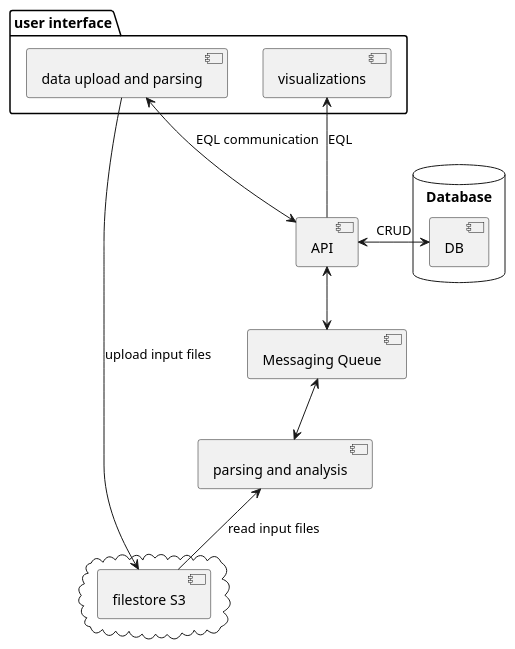
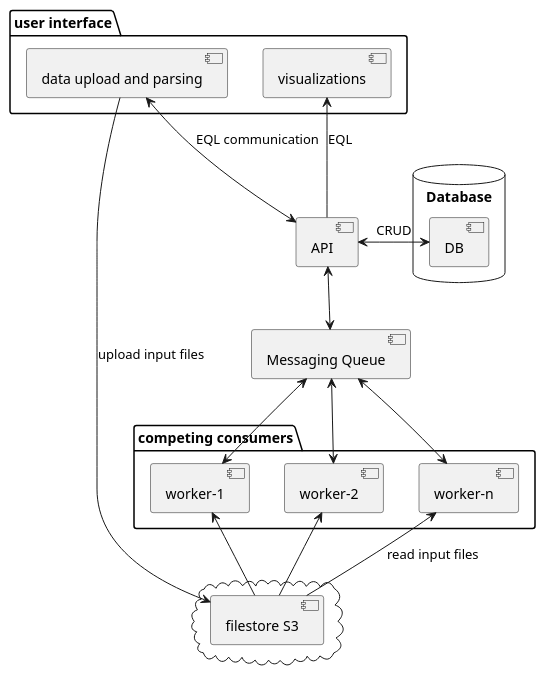
One commit to phylogeography/spread changed the diagram in docs/sdd.org. Above: the diagram before and after it, drawn with PlantUML. The commit also changed 1 other file, not shown here.

Commit message:
include multiple worker threads

```diff
--- a/docs/sdd.org
+++ b/docs/sdd.org
@@ -21,36 +21,45 @@
 #+begin_src plantuml :file system_architecture.png
 
 package "user interface" {
     [visualizations] as vis
     [data upload and parsing] as interface
 }
 
 [API] as api
 
-[parsing and analysis] as business
+package "competing consumers" {
+  [worker-1] as w1
+  [worker-2] as w2
+  [worker-n] as wn
+}
 
 [Messaging Queue] as messaging
 
 cloud {
   [filestore S3] as S3
 }
 
 database "Database" {
   [DB] as db
 }
 
 interface <--> api : EQL communication
 
 interface -> S3 : upload input files
 
 vis <-- api : EQL
 
 api <--> messaging
 
 api <-> db :CRUD
 
-messaging <--> business
+messaging <--> w1
+w1 <-- S3
 
-business <-- S3 : read input files
+messaging <--> w2
+w2 <-- S3
+
+messaging <--> wn
+wn <-- S3 : read input files
 
 #+end_src
```
